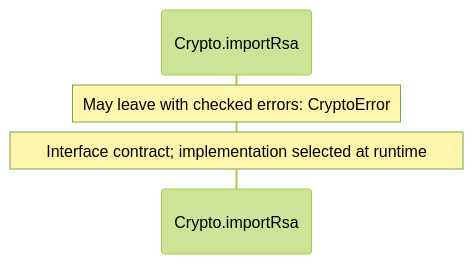
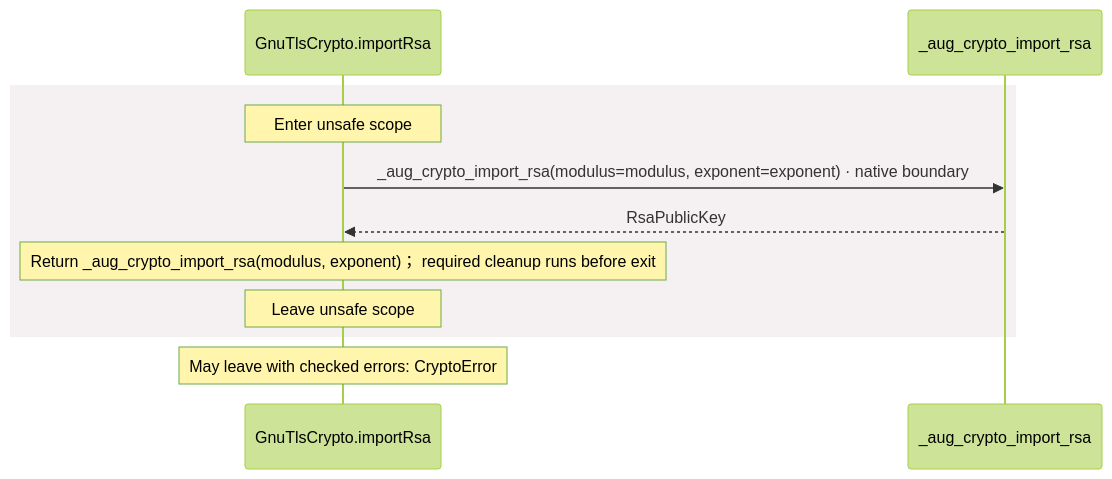
Diagram 13 of 14 in docs/examples/oidc-login/dependencies/packages/@git/url_9ef654c66d34ab8f5527/0.0.0-git.b14a0f9aa41f1ce58bd51133bcdc424033e40d40/contracts-diagrams.md (GreenPandaStudios/augscript), drawn with Mermaid (forest theme) before and after one commit. The commit also changed other lines of this file and 524 other files, not shown here.

Commit message:
Explain checked data flow at folder and service levels

````diff
--- a/docs/examples/oidc-login/dependencies/packages/@git/url_9ef654c66d34ab8f5527/0.0.0-git.b14a0f9aa41f1ce58bd51133bcdc424033e40d40/contracts-diagrams.md
+++ b/docs/examples/oidc-login/dependencies/packages/@git/url_9ef654c66d34ab8f5527/0.0.0-git.b14a0f9aa41f1ce58bd51133bcdc424033e40d40/contracts-diagrams.md
@@ -241,7 +470,13 @@
 ```mermaid
 sequenceDiagram
-    participant p0 as Crypto.importRsa
-
+    participant p0 as GnuTlsCrypto.importRsa
+    participant p1 as _aug_crypto_import_rsa
+    rect rgb(245, 240, 241)
+    Note over p0: Enter unsafe scope
+    p0->>p1: _aug_crypto_import_rsa(modulus=modulus, exponent=exponent) · native boundary
+    p1-->>p0: RsaPublicKey
+    Note over p0: Return _aug_crypto_import_rsa(modulus, exponent)； required cleanup runs before exit
+    Note over p0: Leave unsafe scope
+    end
     Note over p0: May leave with checked errors: CryptoError
-    Note over p0: Interface contract#59; implementation selected at runtime
 ```
````
